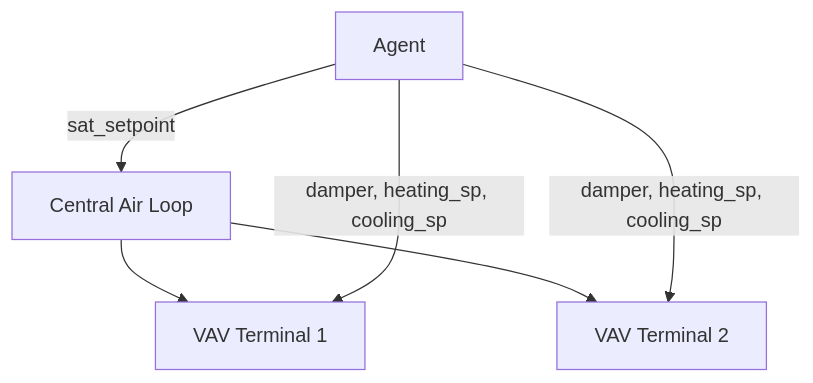
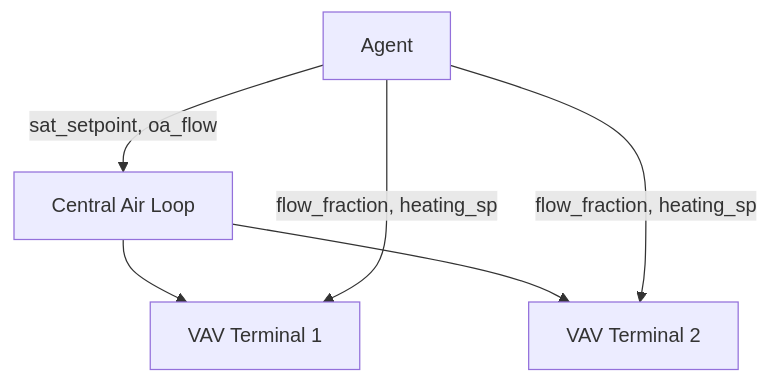
One commit to vtaboga/building2building changed the second of 2 diagrams in docs/guide/hvac-systems.md. Above: the diagram before and after it, drawn with Mermaid. The commit also changed other lines of this file and 38 other files, not shown here.

````diff
--- a/docs/guide/hvac-systems.md
+++ b/docs/guide/hvac-systems.md
@@ -37,8 +41,8 @@
 ```mermaid
 graph TD
-    Agent -->|sat_setpoint| AirLoop["Central Air Loop"]
+    Agent -->|"sat_setpoint, oa_flow"| AirLoop["Central Air Loop"]
     AirLoop --> Terminal1["VAV Terminal 1"]
     AirLoop --> Terminal2["VAV Terminal 2"]
-    Agent -->|"damper, heating_sp, cooling_sp"| Terminal1
-    Agent -->|"damper, heating_sp, cooling_sp"| Terminal2
+    Agent -->|"flow_fraction, heating_sp"| Terminal1
+    Agent -->|"flow_fraction, heating_sp"| Terminal2
 ```
````
